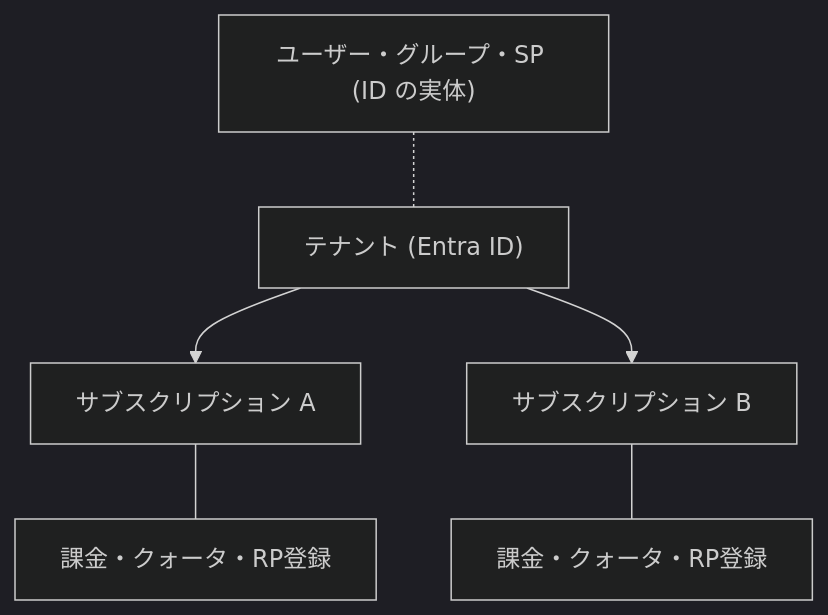
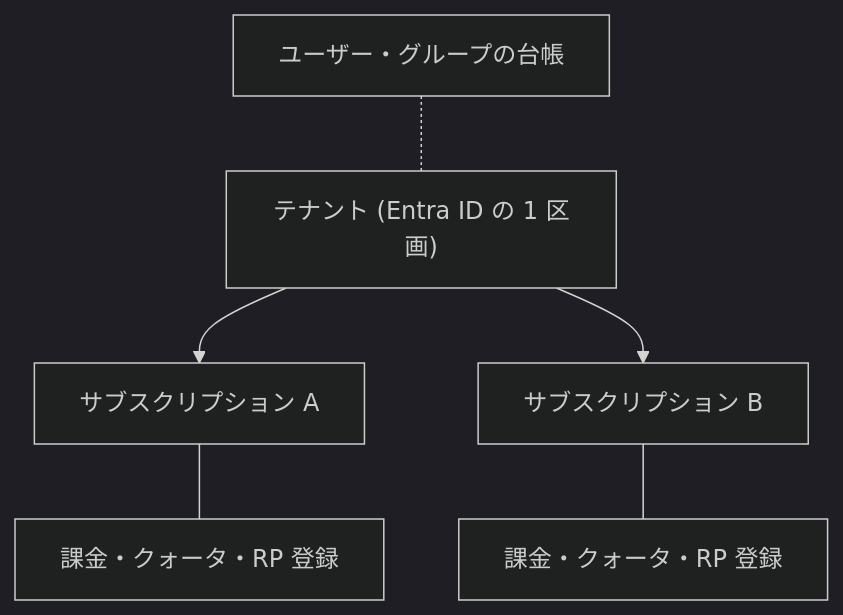
The diagram in manuscript/part1/01-tenant-and-subscription.md (engineers-hub-ltd-in-house-project/azure-practice), drawn with Mermaid (dark theme) before and after one commit. The commit also changed other lines of this file and 32 other files, not shown here.

````diff
--- a/manuscript/part1/01-tenant-and-subscription.md
+++ b/manuscript/part1/01-tenant-and-subscription.md
@@ -31,9 +56,9 @@
 ```mermaid
 flowchart TB
-  T["テナント (Entra ID)"]
+  T["テナント (Entra ID の 1 区画)"]
   T --> S1["サブスクリプション A"]
   T --> S2["サブスクリプション B"]
-  S1 --- B1["課金・クォータ・RP登録"]
-  S2 --- B2["課金・クォータ・RP登録"]
-  U["ユーザー・グループ・SP (ID の実体)"] -.- T
+  S1 --- B1["課金・クォータ・RP 登録"]
+  S2 --- B2["課金・クォータ・RP 登録"]
+  U["ユーザー・グループの台帳"] -.- T
 ```
````
